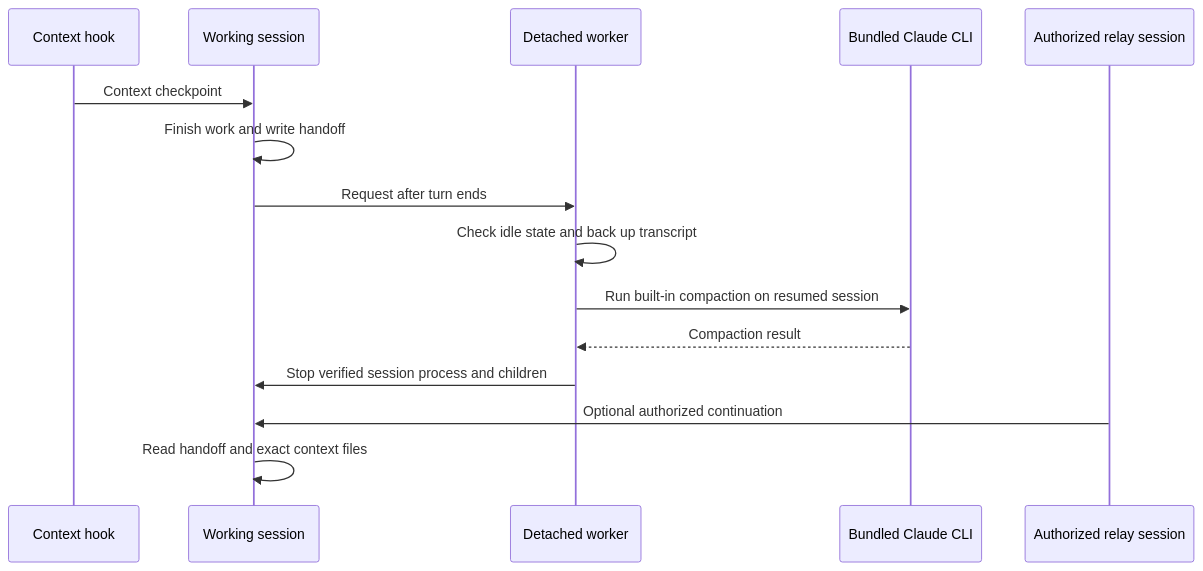
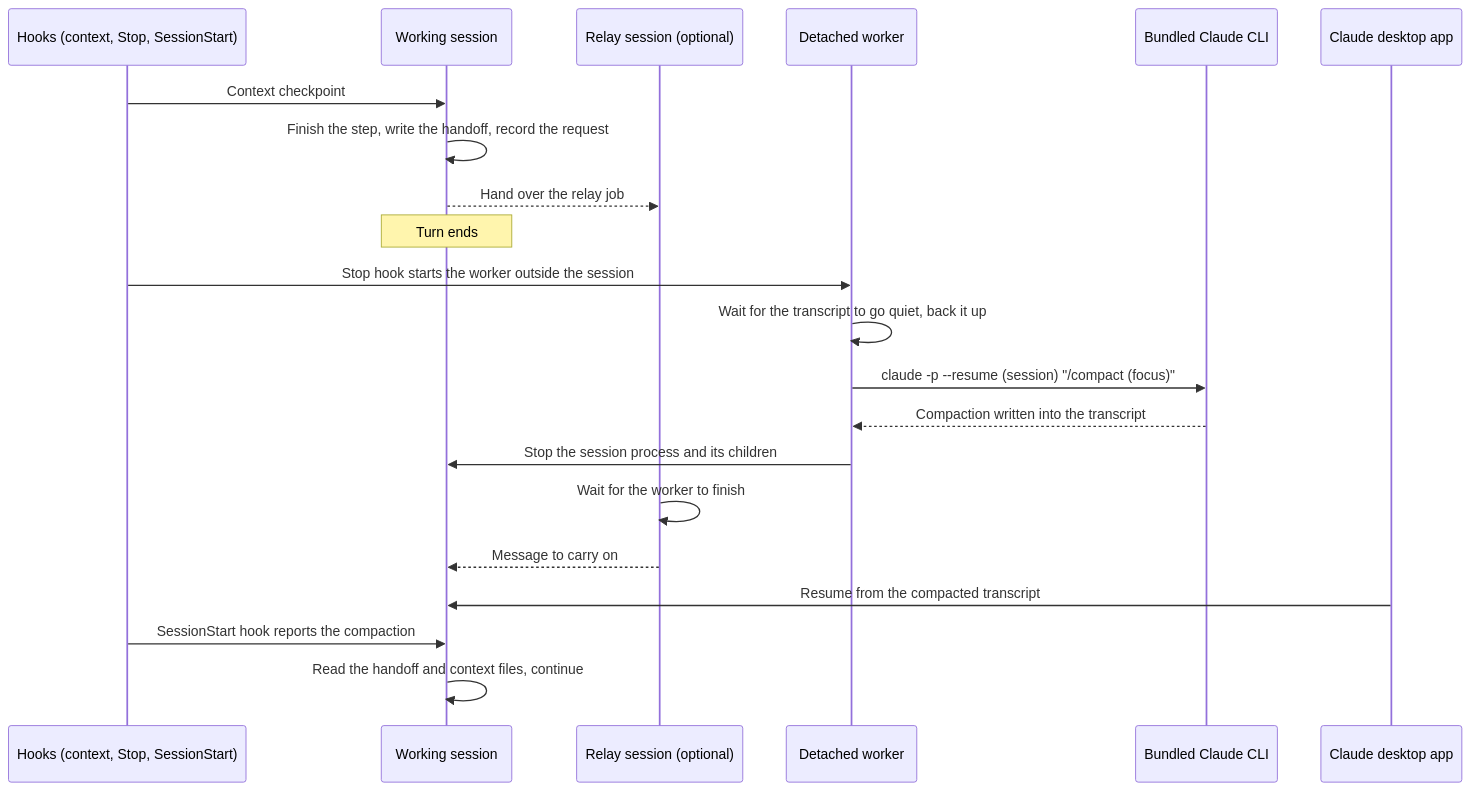
The diagram in README.md (kobinkempe/claude-self-compaction), drawn with Mermaid before and after one commit. The commit also changed other lines of this file, not shown here.

Commit message:
Correct the workflow diagram and update the project link
- Show the Stop hook, the relay handoff, the app resuming the session and the SessionStart report
- Point the project link to kobinkempe.pages.dev/projects/

````diff
--- a/README.md
+++ b/README.md
@@ -28,17 +28,23 @@
 ```mermaid
 sequenceDiagram
-    participant Hook as Context hook
+    participant Hooks as Hooks (context, Stop, SessionStart)
     participant Session as Working session
+    participant Relay as Relay session (optional)
     participant Worker as Detached worker
     participant CLI as Bundled Claude CLI
-    participant Relay as Authorized relay session
-    Hook->>Session: Context checkpoint
-    Session->>Session: Finish work and write handoff
-    Session->>Worker: Request after turn ends
-    Worker->>Worker: Check idle state and back up transcript
-    Worker->>CLI: Run built-in compaction on resumed session
-    CLI-->>Worker: Compaction result
-    Worker->>Session: Stop verified session process and children
-    Relay->>Session: Optional authorized continuation
-    Session->>Session: Read handoff and exact context files
+    participant App as Claude desktop app
+    Hooks->>Session: Context checkpoint
+    Session->>Session: Finish the step, write the handoff, record the request
+    Session-->>Relay: Hand over the relay job
+    Note over Session: Turn ends
+    Hooks->>Worker: Stop hook starts the worker outside the session
+    Worker->>Worker: Wait for the transcript to go quiet, back it up
+    Worker->>CLI: claude -p --resume (session) "/compact (focus)"
+    CLI-->>Worker: Compaction written into the transcript
+    Worker->>Session: Stop the session process and its children
+    Relay->>Relay: Wait for the worker to finish
+    Relay-->>Session: Message to carry on
+    App->>Session: Resume from the compacted transcript
+    Hooks->>Session: SessionStart hook reports the compaction
+    Session->>Session: Read the handoff and context files, continue
 ```
````
